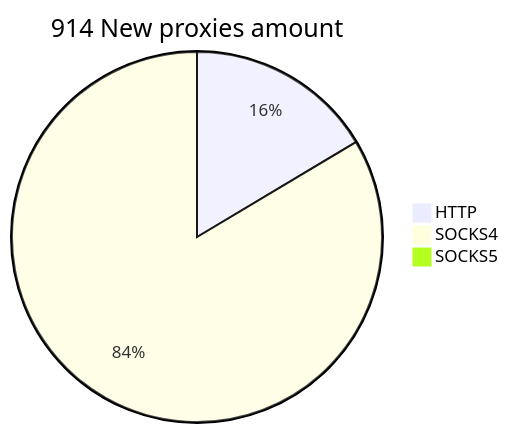
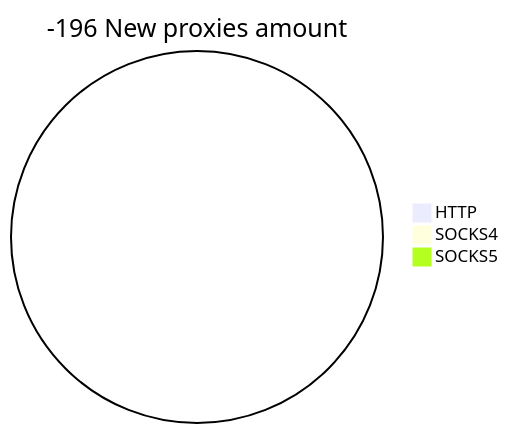
The second of 2 diagrams in README.md (cutipu/proxylist), drawn with Mermaid before and after one commit. The commit also changed other lines of this file, not shown here.

````diff
--- a/README.md
+++ b/README.md
@@ -10,6 +10,6 @@
 ```mermaid
-pie title 914 New proxies amount
-    "HTTP" : 154
-    "SOCKS4" : 783
+pie title -196 New proxies amount
+    "HTTP" : 0
+    "SOCKS4" : 0
     "SOCKS5" : 0
 ```
````
